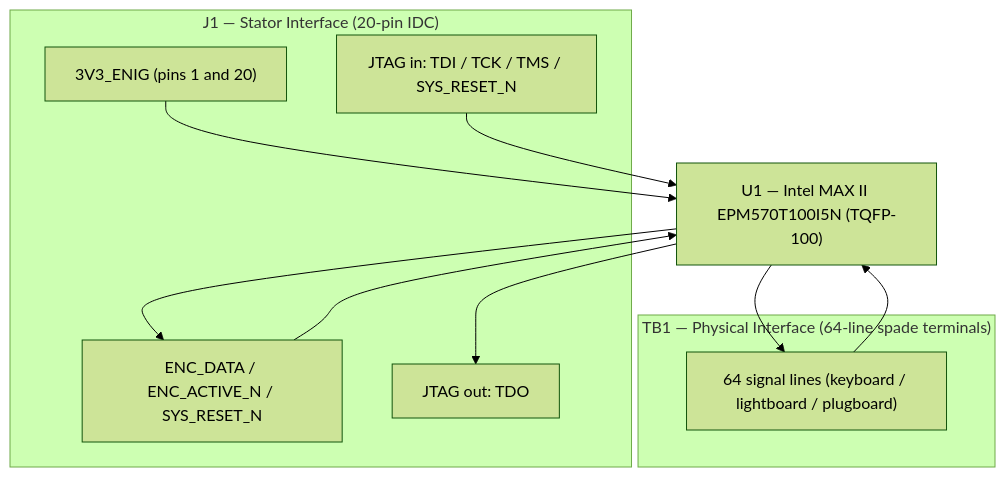
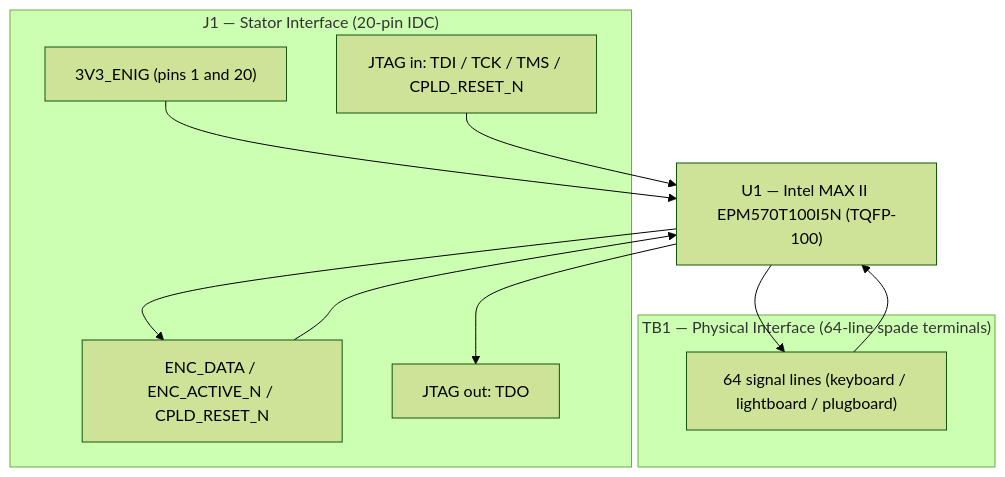
Before and after one commit to thepinkmile/Enigma-2026-AI: the diagram in design/Electronics/Encoder/Design_Spec.md, drawn with Mermaid (forest theme). The commit also changed other lines of this file and 32 other files, not shown here.

First line of the commit message:
Pass 10 triage: fixes, CPLD_RESET_N rename, datasheet purity cleanup

````diff
--- a/design/Electronics/Encoder/Design_Spec.md
+++ b/design/Electronics/Encoder/Design_Spec.md
@@ -77,23 +77,23 @@
 ```mermaid
 flowchart TD
   subgraph J1if["J1 — Stator Interface (20-pin IDC)"]
     PWR["3V3_ENIG (pins 1 and 20)"]
-    ENC_BUS["ENC_DATA / ENC_ACTIVE_N / SYS_RESET_N"]
-    JTAG_I["JTAG in: TDI / TCK / TMS / SYS_RESET_N"]
+    ENC_BUS["ENC_DATA / ENC_ACTIVE_N / CPLD_RESET_N"]
+    JTAG_I["JTAG in: TDI / TCK / TMS / CPLD_RESET_N"]
     JTAG_O["JTAG out: TDO"]
   end
 
   U1["U1 — Intel MAX II EPM570T100I5N (TQFP-100)"]
 
   subgraph TB1["TB1 — Physical Interface (64-line spade terminals)"]
     LINES["64 signal lines (keyboard / lightboard / plugboard)"]
   end
 
   PWR --> U1
   ENC_BUS --> U1
   U1 --> ENC_BUS
   JTAG_I --> U1
   U1 --> JTAG_O
   U1 --> LINES
   LINES --> U1
 ```
````
